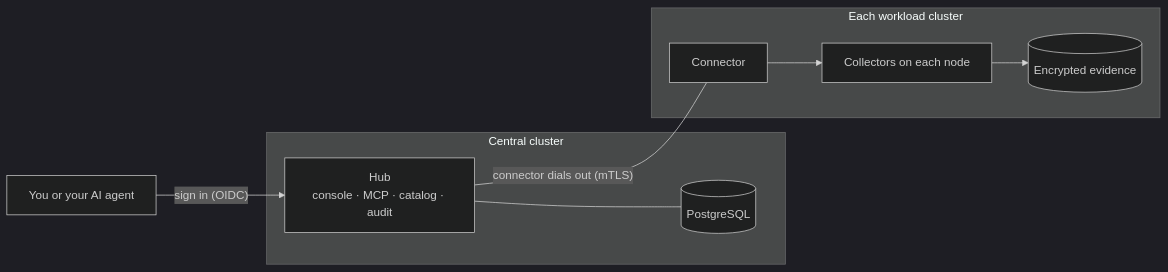
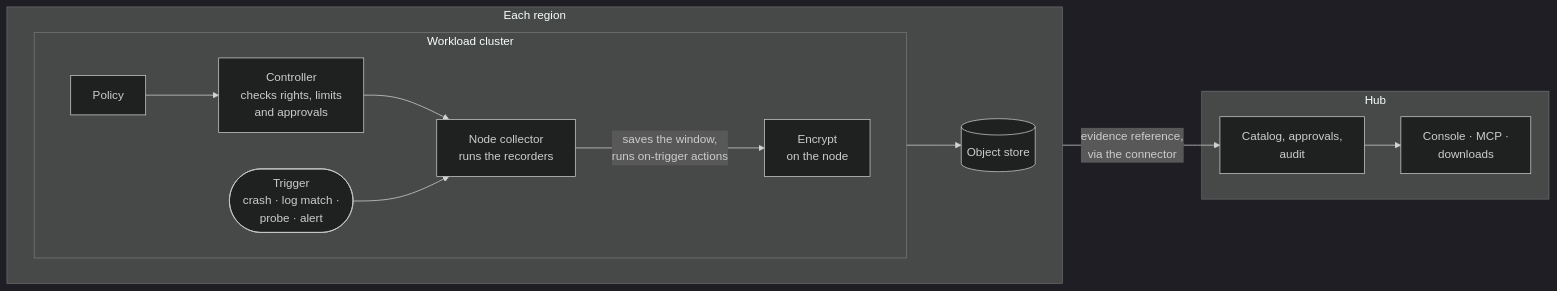
The diagram in README.md (phihos/asservat), drawn with Mermaid (dark theme) before and after one commit. The commit also changed other lines of this file, not shown here.

First line of the commit message:
README: drop obvious columns and status, show the collection flow (#4)

````diff
--- a/README.md
+++ b/README.md
@@ -65,17 +64,18 @@
 ```mermaid
 flowchart LR
-    User["You or your AI agent"] -->|"sign in (OIDC)"| Hub
-    subgraph Central["Central cluster"]
-        Hub["Hub<br/>console · MCP · catalog · audit"]
-        DB[("PostgreSQL")]
-        Hub --- DB
+    subgraph Region["Each region"]
+        direction LR
+        subgraph Workload["Workload cluster"]
+            direction LR
+            Policy["Policy"] --> Controller["Controller<br/>checks rights, limits<br/>and approvals"]
+            Controller --> Collector["Node collector<br/>runs the recorders"]
+            Trigger(["Trigger<br/>crash · log match ·<br/>probe · alert"]) --> Collector
+            Collector -->|"saves the window,<br/>runs on-trigger actions"| Encrypt["Encrypt<br/>on the node"]
+        end
+        Encrypt --> Store[("Object store")]
     end
-    subgraph Workload["Each workload cluster"]
-        Conn["Connector"]
-        Node["Collectors on each node"]
-        Store[("Encrypted evidence")]
-        Conn --> Node
-        Node --> Store
+    subgraph Central["Hub"]
+        Catalog["Catalog, approvals,<br/>audit"] --> Access["Console · MCP ·<br/>downloads"]
     end
-    Hub ---|"connector dials out (mTLS)"| Conn
+    Store -->|"evidence reference,<br/>via the connector"| Catalog
 ```
````
